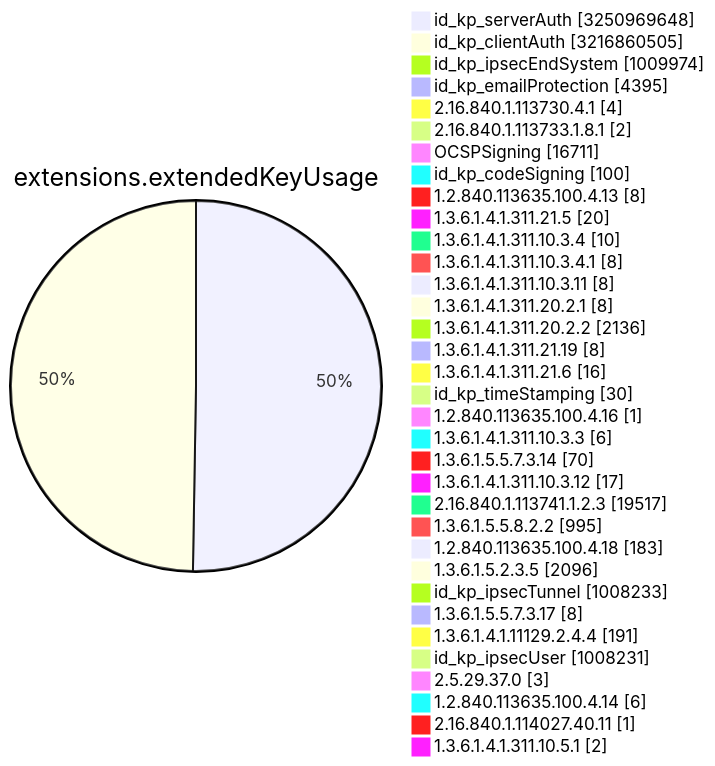
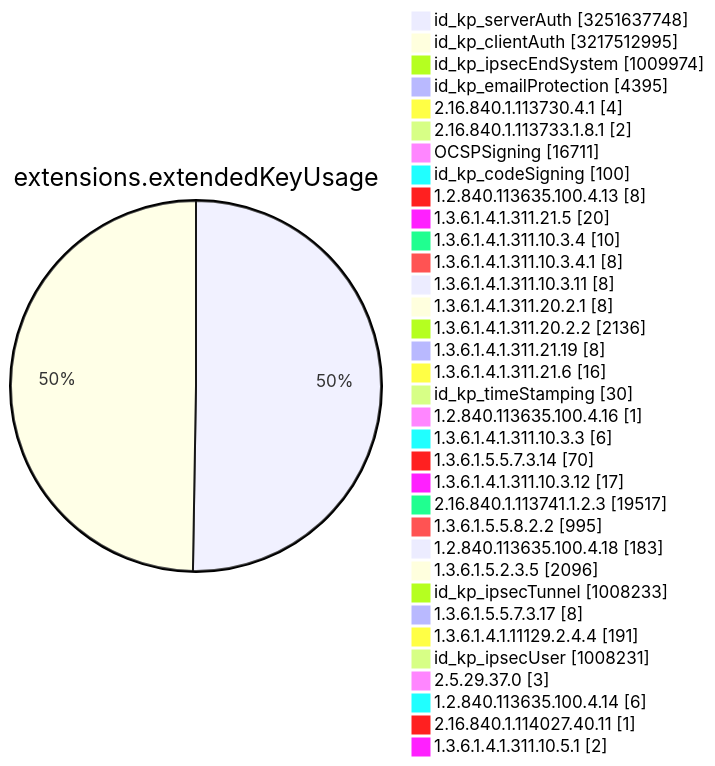
Before and after one commit to christiankrug/ctmonitor_visualization: diagram 11 of 15 in TOTAL/README.md, drawn with Mermaid. The commit also changed other lines of this file, not shown here.

````diff
--- a/TOTAL/README.md
+++ b/TOTAL/README.md
@@ -4119,38 +4119,38 @@
 ```mermaid
 pie showData
 title extensions.extendedKeyUsage
-"id_kp_serverAuth" :3250969648
-"id_kp_clientAuth" :3216860505
+"id_kp_serverAuth" :3251637748
+"id_kp_clientAuth" :3217512995
 "id_kp_ipsecEndSystem" :1009974
 "id_kp_emailProtection" :4395
 "2.16.840.1.113730.4.1" :4
 "2.16.840.1.113733.1.8.1" :2
 "OCSPSigning" :16711
 "id_kp_codeSigning" :100
 "1.2.840.113635.100.4.13" :8
 "1.3.6.1.4.1.311.21.5" :20
 "1.3.6.1.4.1.311.10.3.4" :10
 "1.3.6.1.4.1.311.10.3.4.1" :8
 "1.3.6.1.4.1.311.10.3.11" :8
 "1.3.6.1.4.1.311.20.2.1" :8
 "1.3.6.1.4.1.311.20.2.2" :2136
 "1.3.6.1.4.1.311.21.19" :8
 "1.3.6.1.4.1.311.21.6" :16
 "id_kp_timeStamping" :30
 "1.2.840.113635.100.4.16" :1
 "1.3.6.1.4.1.311.10.3.3" :6
 "1.3.6.1.5.5.7.3.14" :70
 "1.3.6.1.4.1.311.10.3.12" :17
 "2.16.840.1.113741.1.2.3" :19517
 "1.3.6.1.5.5.8.2.2" :995
 "1.2.840.113635.100.4.18" :183
 "1.3.6.1.5.2.3.5" :2096
 "id_kp_ipsecTunnel" :1008233
 "1.3.6.1.5.5.7.3.17" :8
 "1.3.6.1.4.1.11129.2.4.4" :191
 "id_kp_ipsecUser" :1008231
 "2.5.29.37.0" :3
 "1.2.840.113635.100.4.14" :6
 "2.16.840.1.114027.40.11" :1
 "1.3.6.1.4.1.311.10.5.1" :2
 ```
````
